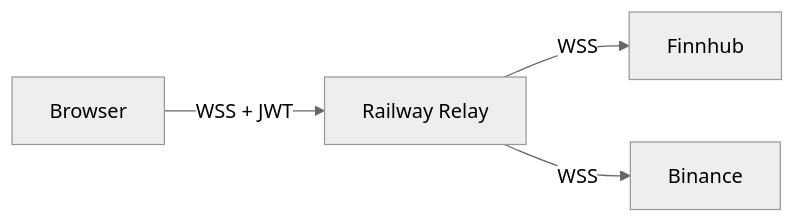
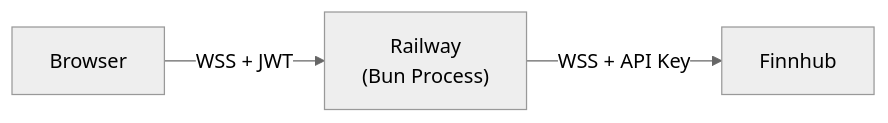
The first of 8 diagrams in docs/adrs/003-websocket-hosting.md (patrickmvla/owl), drawn with Mermaid (neutral theme) before and after one commit. The commit also changed other lines of this file and 1 other file, not shown here.

First line of the commit message:
docs: select Cloudflare Durable Objects for Finnhub relay

````diff
--- a/docs/adrs/003-websocket-hosting.md
+++ b/docs/adrs/003-websocket-hosting.md
@@ -27,6 +46,5 @@
 ```mermaid
 graph LR
-    B["Browser"] -->|"WSS + JWT"| R["Railway Relay"]
-    R -->|"WSS"| FH["Finnhub"]
-    R -->|"WSS"| BN["Binance"]
+    B["Browser"] -->|"WSS + JWT"| R["Railway<br/>(Bun Process)"]
+    R -->|"WSS + API Key"| FH["Finnhub"]
 ```
````
